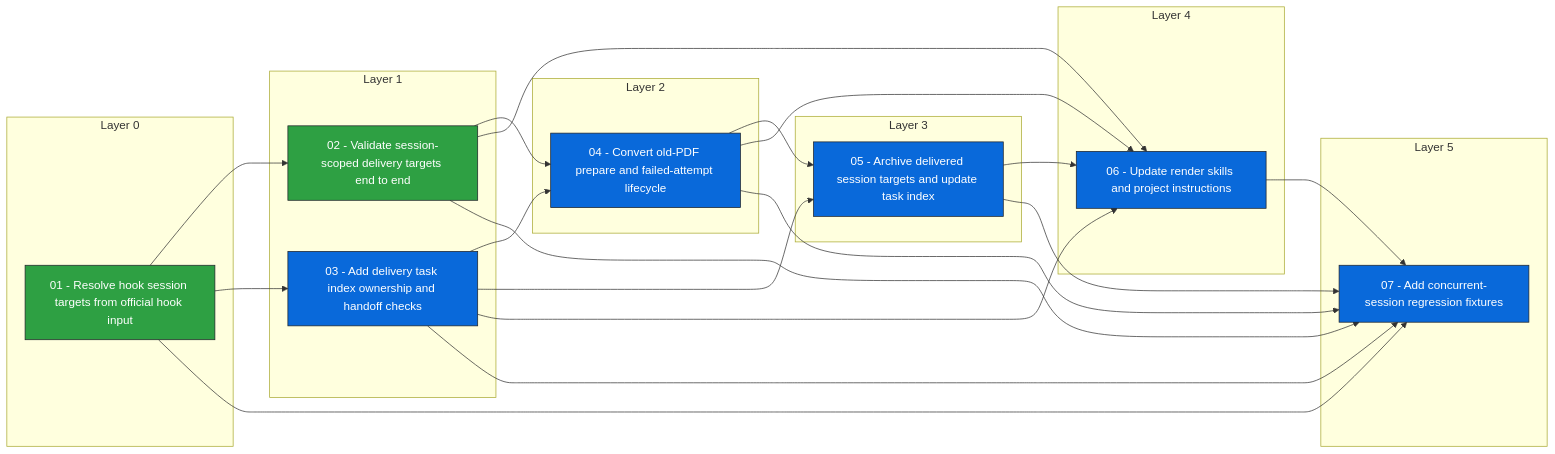
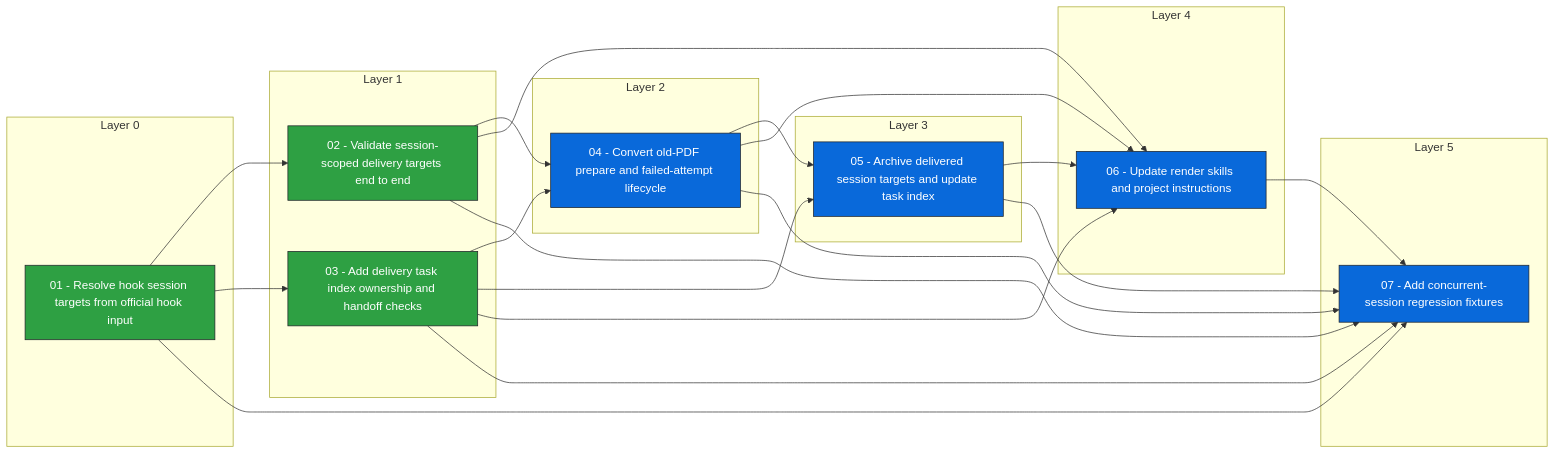
One commit to Nishijujuba/video2pdf changed the diagram in docs/issues/_views/session-scoped-final-delivery-guard-dependencies.md. Above: the diagram before and after it, drawn with Mermaid. The commit also changed other lines of this file and 9 other files, not shown here.

Commit message:
Add delivery task ownership index

````diff
--- a/docs/issues/_views/session-scoped-final-delivery-guard-dependencies.md
+++ b/docs/issues/_views/session-scoped-final-delivery-guard-dependencies.md
@@ -27,54 +26,54 @@
 ```mermaid
 flowchart LR
   subgraph layer_0["Layer 0"]
     n_01_resolve_hook_session_targets_from_official_hook_input["01 - Resolve hook session targets from official hook input"]
   end
   subgraph layer_1["Layer 1"]
     n_02_validate_session_scoped_delivery_targets_end_to_end["02 - Validate session-scoped delivery targets end to end"]
     n_03_add_delivery_task_index_ownership_and_handoff_checks["03 - Add delivery task index ownership and handoff checks"]
   end
   subgraph layer_2["Layer 2"]
     n_04_convert_old_pdf_prepare_and_failed_attempt_lifecycle["04 - Convert old-PDF prepare and failed-attempt lifecycle"]
   end
   subgraph layer_3["Layer 3"]
     n_05_archive_delivered_session_targets_and_update_task_index["05 - Archive delivered session targets and update task index"]
   end
   subgraph layer_4["Layer 4"]
     n_06_update_render_skills_and_project_instructions["06 - Update render skills and project instructions"]
   end
   subgraph layer_5["Layer 5"]
     n_07_add_concurrent_session_regression_fixtures["07 - Add concurrent-session regression fixtures"]
   end
   n_01_resolve_hook_session_targets_from_official_hook_input --> n_02_validate_session_scoped_delivery_targets_end_to_end
   n_01_resolve_hook_session_targets_from_official_hook_input --> n_03_add_delivery_task_index_ownership_and_handoff_checks
   n_02_validate_session_scoped_delivery_targets_end_to_end --> n_04_convert_old_pdf_prepare_and_failed_attempt_lifecycle
   n_03_add_delivery_task_index_ownership_and_handoff_checks --> n_04_convert_old_pdf_prepare_and_failed_attempt_lifecycle
   n_03_add_delivery_task_index_ownership_and_handoff_checks --> n_05_archive_delivered_session_targets_and_update_task_index
   n_04_convert_old_pdf_prepare_and_failed_attempt_lifecycle --> n_05_archive_delivered_session_targets_and_update_task_index
   n_02_validate_session_scoped_delivery_targets_end_to_end --> n_06_update_render_skills_and_project_instructions
   n_03_add_delivery_task_index_ownership_and_handoff_checks --> n_06_update_render_skills_and_project_instructions
   n_04_convert_old_pdf_prepare_and_failed_attempt_lifecycle --> n_06_update_render_skills_and_project_instructions
   n_05_archive_delivered_session_targets_and_update_task_index --> n_06_update_render_skills_and_project_instructions
   n_01_resolve_hook_session_targets_from_official_hook_input --> n_07_add_concurrent_session_regression_fixtures
   n_02_validate_session_scoped_delivery_targets_end_to_end --> n_07_add_concurrent_session_regression_fixtures
   n_03_add_delivery_task_index_ownership_and_handoff_checks --> n_07_add_concurrent_session_regression_fixtures
   n_04_convert_old_pdf_prepare_and_failed_attempt_lifecycle --> n_07_add_concurrent_session_regression_fixtures
   n_05_archive_delivered_session_targets_and_update_task_index --> n_07_add_concurrent_session_regression_fixtures
   n_06_update_render_skills_and_project_instructions --> n_07_add_concurrent_session_regression_fixtures
   class n_01_resolve_hook_session_targets_from_official_hook_input done
   class n_02_validate_session_scoped_delivery_targets_end_to_end done
-  class n_03_add_delivery_task_index_ownership_and_handoff_checks ready_for_agent
+  class n_03_add_delivery_task_index_ownership_and_handoff_checks done
   class n_04_convert_old_pdf_prepare_and_failed_attempt_lifecycle ready_for_agent
   class n_05_archive_delivered_session_targets_and_update_task_index ready_for_agent
   class n_06_update_render_skills_and_project_instructions ready_for_agent
   class n_07_add_concurrent_session_regression_fixtures ready_for_agent
   classDef done fill:#2ea043,stroke:#1f2328,color:#ffffff
   classDef ready_for_agent fill:#0969da,stroke:#1f2328,color:#ffffff
   classDef ready_for_human fill:#8250df,stroke:#1f2328,color:#ffffff
   classDef in_progress fill:#d4a72c,stroke:#1f2328,color:#ffffff
   classDef blocked fill:#cf222e,stroke:#1f2328,color:#ffffff
   classDef in_review fill:#bc4c00,stroke:#1f2328,color:#ffffff
   classDef needs_info fill:#8c959f,stroke:#1f2328,color:#ffffff
   classDef needs_triage fill:#d0d7de,stroke:#1f2328,color:#ffffff
   classDef wontfix fill:#57606a,stroke:#1f2328,color:#ffffff
 ```
````
